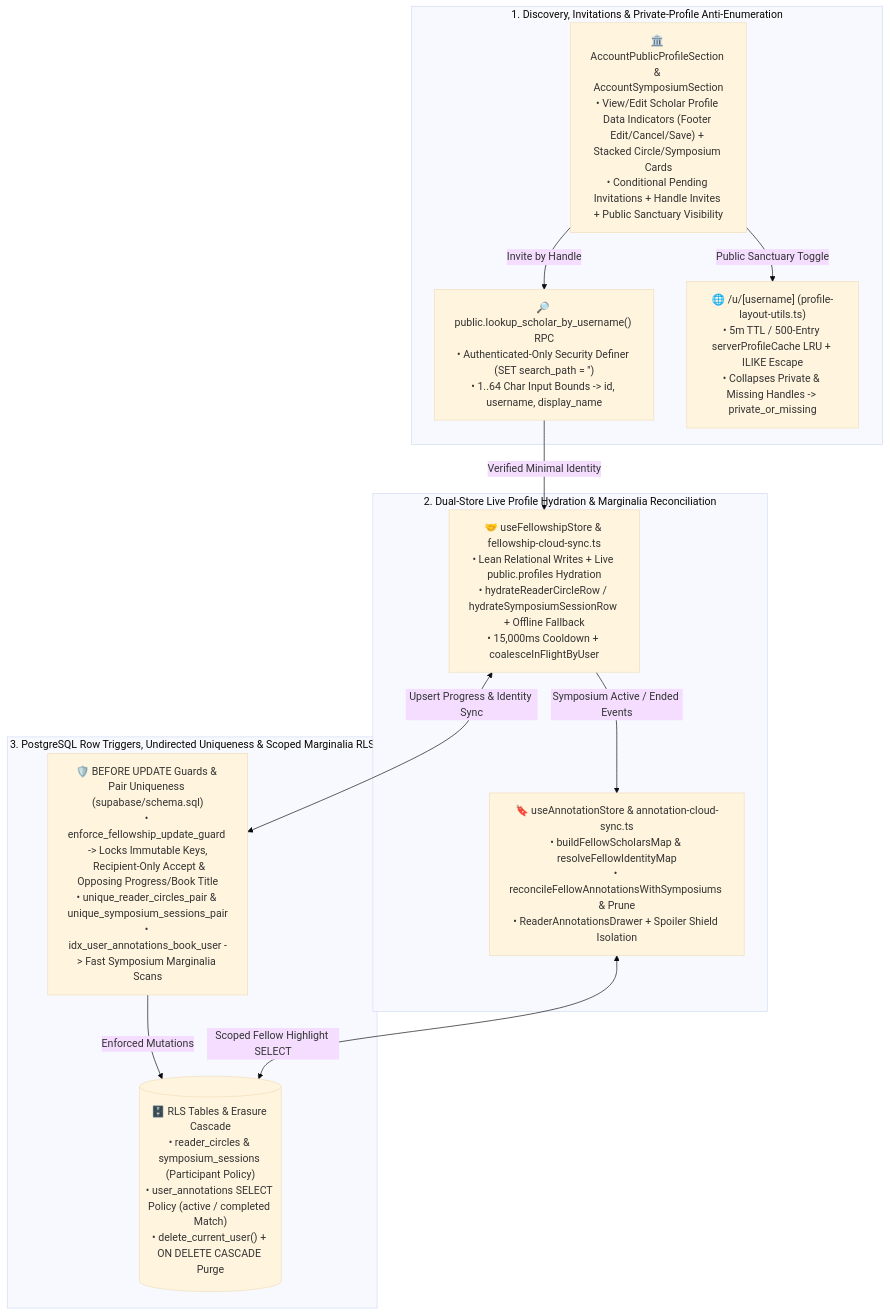
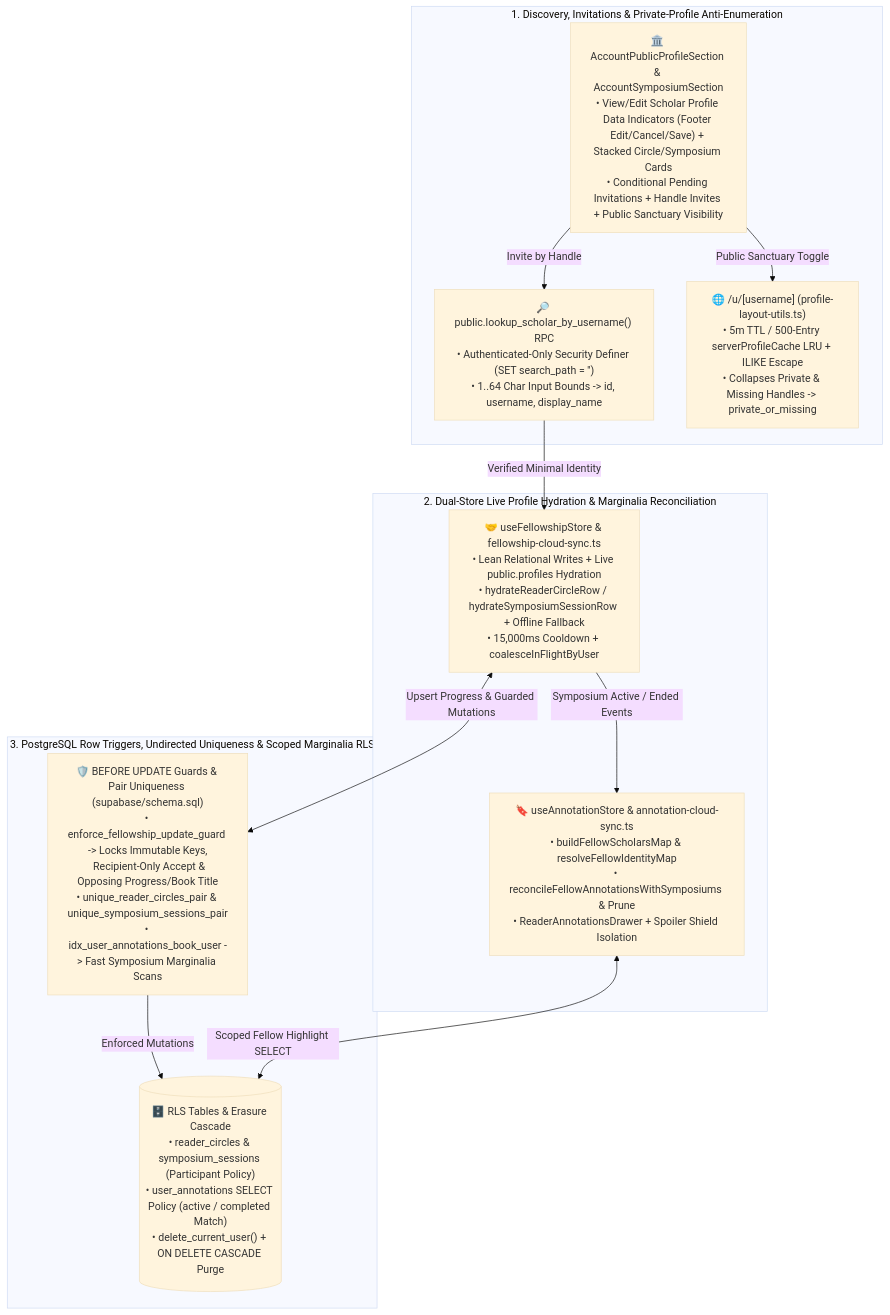
One commit to calin-m/Bookarium changed the second of 2 diagrams in docs/architecture/security-and-fellowship.md. Above: the diagram before and after it, drawn with Mermaid (base theme). The commit also changed other lines of this file and 63 other files, not shown here.

````diff
--- a/docs/architecture/security-and-fellowship.md
+++ b/docs/architecture/security-and-fellowship.md
@@ -89,26 +89,26 @@
 ```mermaid
 flowchart TD
     subgraph FellowshipDiscovery ["1. Discovery, Invitations & Private-Profile Anti-Enumeration"]
         FelUI["🏛️ AccountPublicProfileSection & AccountSymposiumSection\n• View/Edit Scholar Profile Data Indicators (Footer Edit/Cancel/Save) + Stacked Circle/Symposium Cards\n• Conditional Pending Invitations + Handle Invites + Public Sanctuary Visibility"]
         FelLookup["🔎 public.lookup_scholar_by_username() RPC\n• Authenticated-Only Security Definer (SET search_path = '')\n• 1..64 Char Input Bounds -> id, username, display_name"]
         FelProfileLRU["🌐 /u/[username] (profile-layout-utils.ts)\n• 5m TTL / 500-Entry serverProfileCache LRU + ILIKE Escape\n• Collapses Private & Missing Handles -> private_or_missing"]
     end
 
     subgraph DualStoreOrchestration ["2. Dual-Store Live Profile Hydration & Marginalia Reconciliation"]
         FelStores["🤝 useFellowshipStore & fellowship-cloud-sync.ts\n• Lean Relational Writes + Live public.profiles Hydration\n• hydrateReaderCircleRow / hydrateSymposiumSessionRow + Offline Fallback\n• 15,000ms Cooldown + coalesceInFlightByUser"]
         FelAnnot["🔖 useAnnotationStore & annotation-cloud-sync.ts\n• buildFellowScholarsMap & resolveFellowIdentityMap\n• reconcileFellowAnnotationsWithSymposiums & Prune\n• ReaderAnnotationsDrawer + Spoiler Shield Isolation"]
     end
 
     subgraph DatabaseGuards ["3. PostgreSQL Row Triggers, Undirected Uniqueness & Scoped Marginalia RLS"]
         FelTriggers["🛡️ BEFORE UPDATE Guards & Pair Uniqueness (supabase/schema.sql)\n• enforce_fellowship_update_guard -> Locks Immutable Keys,\n  Recipient-Only Accept & Opposing Progress/Book Title\n• unique_reader_circles_pair & unique_symposium_sessions_pair\n• idx_user_annotations_book_user -> Fast Symposium Marginalia Scans"]
         FelRLS[("🗄️ RLS Tables & Erasure Cascade\n• reader_circles & symposium_sessions (Participant Policy)\n• user_annotations SELECT Policy (active / completed Match)\n• delete_current_user() + ON DELETE CASCADE Purge")]
     end
 
     FelUI -->|"Invite by Handle"| FelLookup
     FelUI -->|"Public Sanctuary Toggle"| FelProfileLRU
     FelLookup -->|"Verified Minimal Identity"| FelStores
-    FelStores <-->|"Upsert Progress & Identity Sync"| FelTriggers
+    FelStores <-->|"Upsert Progress & Guarded Mutations"| FelTriggers
     FelTriggers -->|"Enforced Mutations"| FelRLS
     FelStores -->|"Symposium Active / Ended Events"| FelAnnot
     FelAnnot <-->|"Scoped Fellow Highlight SELECT"| FelRLS
 ```
````
